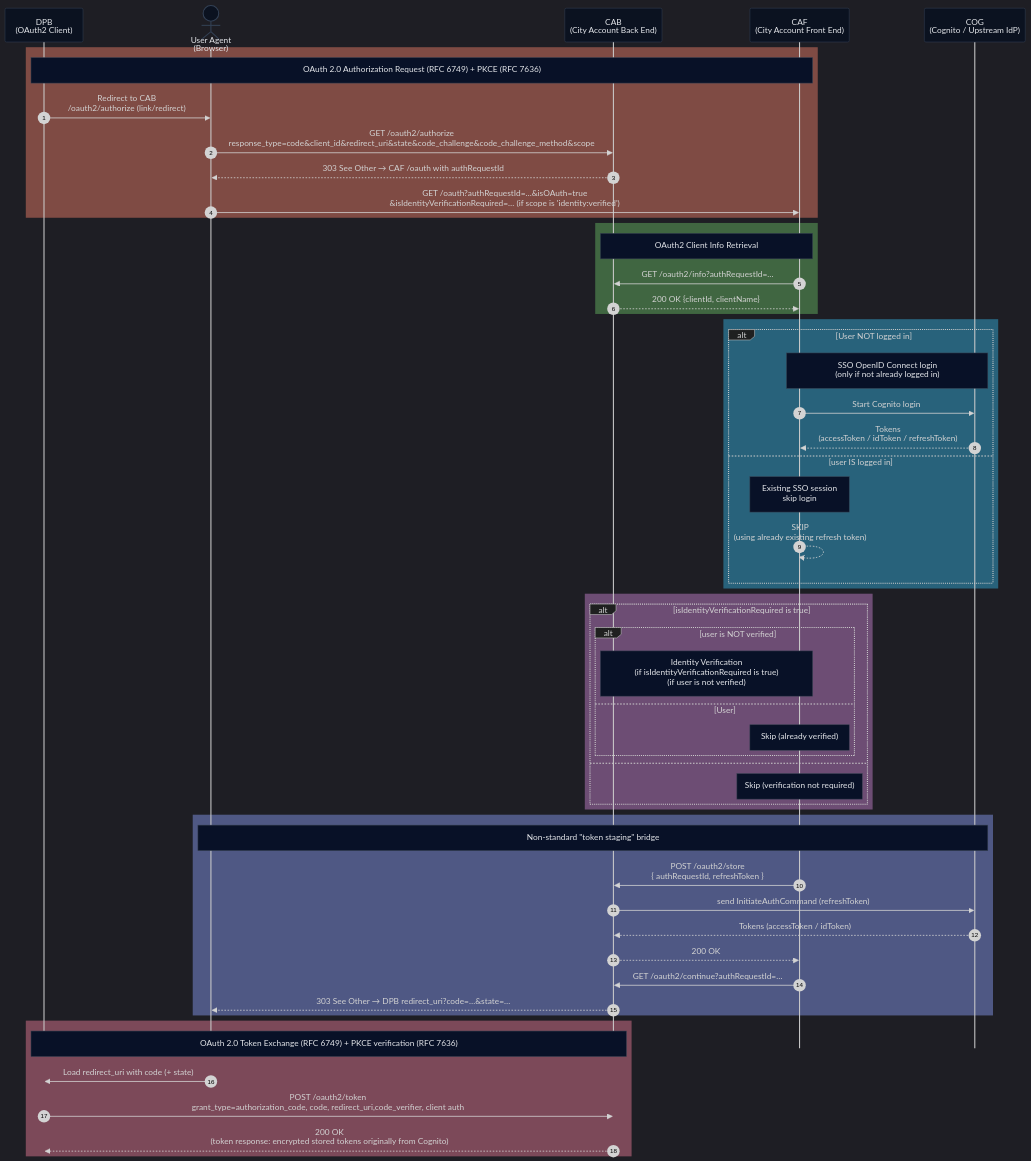
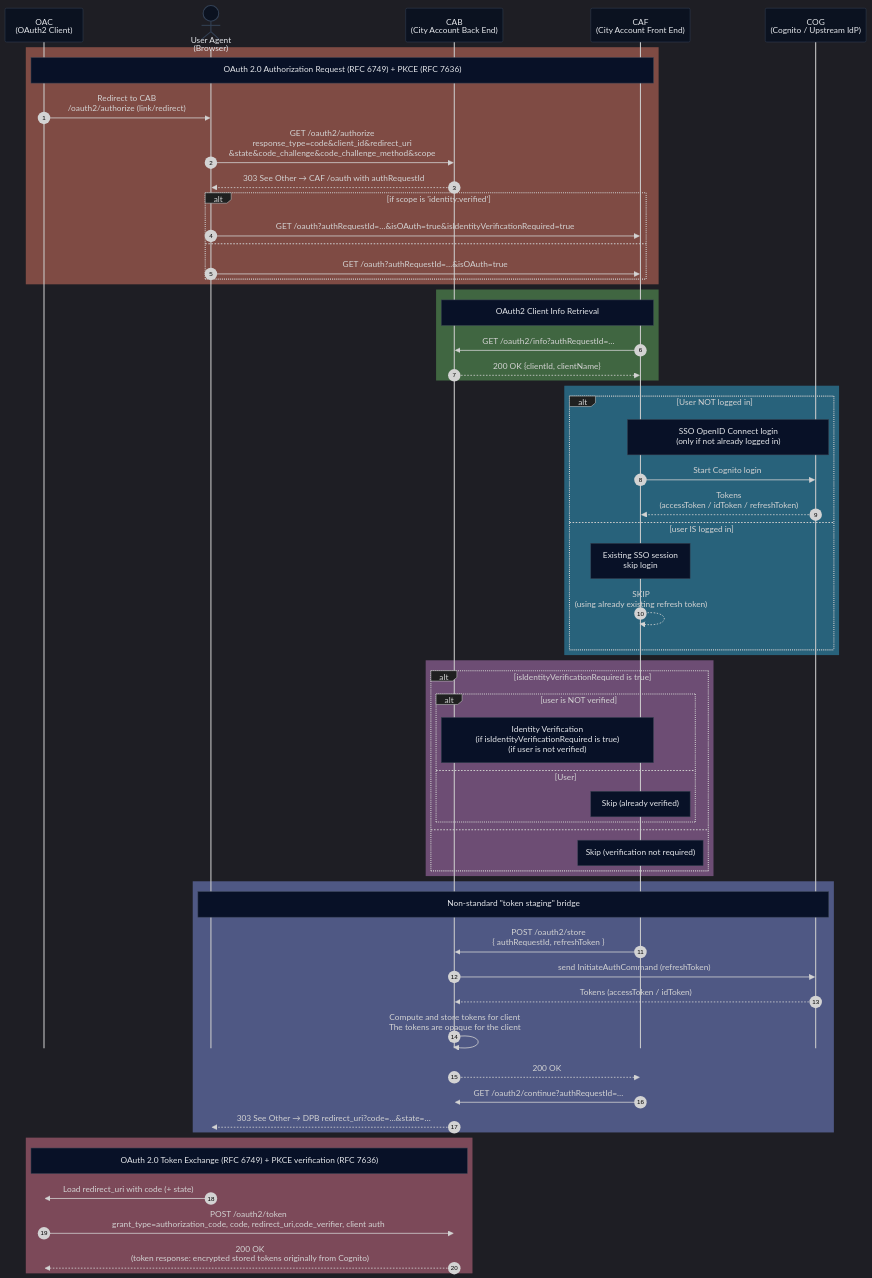
The diagram in nest-city-account/src/oauth2/diagrams.md (bratislava/konto.bratislava.sk), drawn with Mermaid before and after one commit.

Commit message:
Update OAuth2 flow diagram to rename participants and refine conditional logic

````diff
--- a/nest-city-account/src/oauth2/diagrams.md
+++ b/nest-city-account/src/oauth2/diagrams.md
@@ -21,18 +21,22 @@
 ---
 sequenceDiagram
     autonumber
-    participant DPB as DPB<br/>(OAuth2 Client)
+    participant OAC as OAC<br/>(OAuth2 Client)
     actor UA as User Agent<br/>(Browser)
     participant CAB as CAB<br/>(City Account Back End)
     participant CAF as CAF<br/>(City Account Front End)
     participant COG as COG<br/>(Cognito / Upstream IdP)
 
     rect rgba(127, 75, 68)
-        Note over DPB, CAF: OAuth 2.0 Authorization Request (RFC 6749) + PKCE (RFC 7636)
-        DPB ->> UA: Redirect to CAB<br>/oauth2/authorize (link/redirect)
-        UA ->> CAB: GET /oauth2/authorize<br/>response_type=code&client_id&redirect_uri&state&code_challenge&code_challenge_method&scope
+        Note over OAC, CAF: OAuth 2.0 Authorization Request (RFC 6749) + PKCE (RFC 7636)
+        OAC ->> UA: Redirect to CAB<br>/oauth2/authorize (link/redirect)
+        UA ->> CAB: GET /oauth2/authorize<br/>response_type=code&client_id&redirect_uri<br>&state&code_challenge&code_challenge_method&scope
         CAB -->> UA: 303 See Other → CAF /oauth with authRequestId
-        UA ->> CAF: GET /oauth?authRequestId=…&isOAuth=true<br>&isIdentityVerificationRequired=… (if scope is 'identity:verified')
+        alt if scope is 'identity:verified'
+            UA ->> CAF: GET /oauth?authRequestId=…&isOAuth=true&isIdentityVerificationRequired=true
+        else
+            UA ->> CAF: GET /oauth?authRequestId=…&isOAuth=true
+        end
     end
 
     rect rgba(64, 102, 65)
@@ -69,15 +73,16 @@
         CAF ->> CAB: POST /oauth2/store<br/>{ authRequestId, refreshToken }
         CAB ->> COG: send InitiateAuthCommand (refreshToken)
         COG -->> CAB: Tokens (accessToken / idToken)
+        CAB ->> CAB: Compute and store tokens for client<br>The tokens are opaque for the client
         CAB -->> CAF: 200 OK
         CAF ->> CAB: GET /oauth2/continue?authRequestId=…
         CAB -->> UA: 303 See Other → DPB redirect_uri?code=…&state=…
     end
 
     rect rgba(124, 73, 89)
-        Note over DPB, CAB: OAuth 2.0 Token Exchange (RFC 6749) + PKCE verification (RFC 7636)
-        UA ->> DPB: Load redirect_uri with code (+ state)
-        DPB ->> CAB: POST /oauth2/token<br/>grant_type=authorization_code, code, redirect_uri,code_verifier, client auth
-        CAB -->> DPB: 200 OK<br/>(token response: encrypted stored tokens originally from Cognito)
+        Note over OAC, CAB: OAuth 2.0 Token Exchange (RFC 6749) + PKCE verification (RFC 7636)
+        UA ->> OAC: Load redirect_uri with code (+ state)
+        OAC ->> CAB: POST /oauth2/token<br/>grant_type=authorization_code, code, redirect_uri,code_verifier, client auth
+        CAB -->> OAC: 200 OK<br/>(token response: encrypted stored tokens originally from Cognito)
     end
 ```
````
